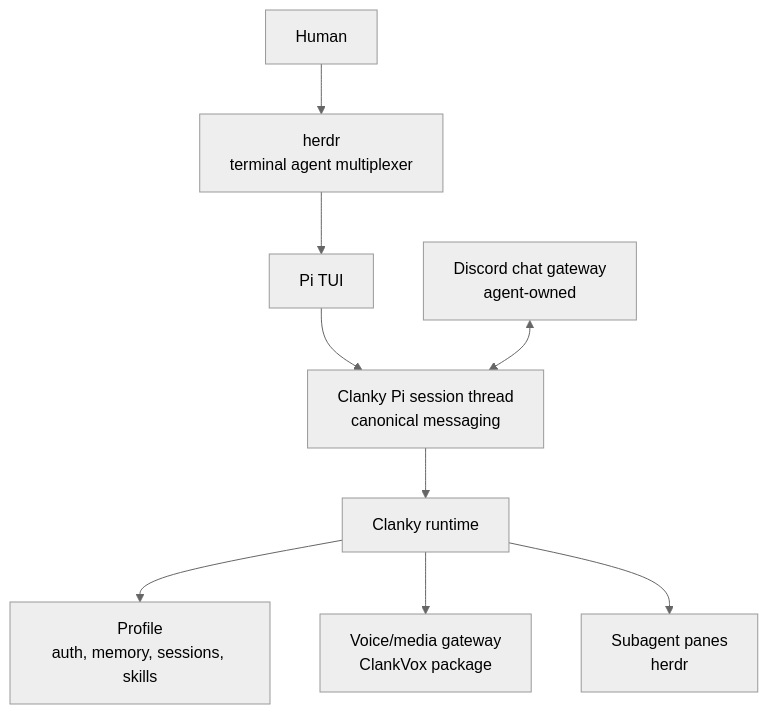
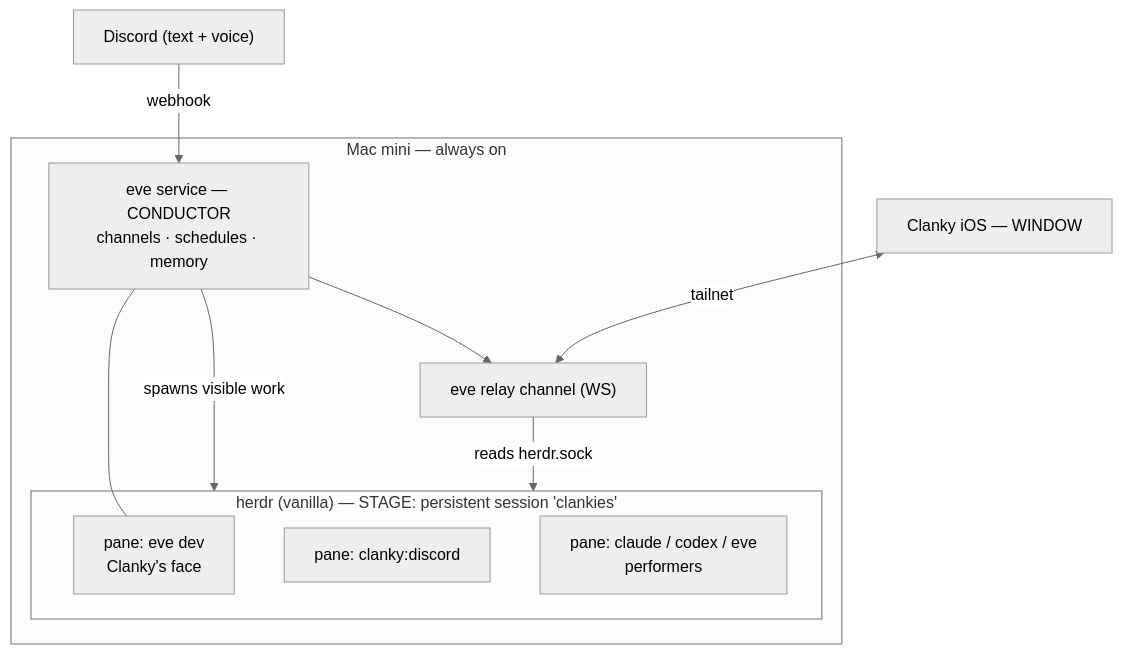
One commit to Volpestyle/clanky changed the diagram in README.md. Above: the diagram before and after it, drawn with Mermaid (neutral theme). The commit also changed other lines of this file and 13 other files, not shown here.

First line of the commit message:
docs: rewrite architecture for eve conductor + vanilla herdr

````diff
--- a/README.md
+++ b/README.md
@@ -54,21 +44,21 @@
 ```mermaid
 flowchart TB
-  user["Human"]
-  herdr["herdr<br/>terminal agent multiplexer"]
-  tui["Pi TUI"]
-  thread["Clanky Pi session thread<br/>canonical messaging"]
-  clanky["Clanky runtime"]
-  profile["Profile<br/>auth, memory, sessions, skills"]
-  chat["Discord chat gateway<br/>agent-owned"]
-  voice["Voice/media gateway<br/>ClankVox package"]
-  subagents["Subagent panes<br/>herdr"]
+  subgraph mac["Mac mini — always on"]
+    subgraph herdr["herdr (vanilla) — STAGE: persistent session 'clankies'"]
+      face["pane: eve dev<br/>Clanky's face"]
+      disc["pane: clanky:discord"]
+      w1["pane: claude / codex / eve<br/>performers"]
+    end
+    eve["eve service — CONDUCTOR<br/>channels · schedules · memory"]
+    relay["eve relay channel (WS)"]
+  end
+  phone["Clanky iOS — WINDOW"]
+  discord["Discord (text + voice)"]
 
-  user --> herdr
-  herdr --> tui
-  tui --> thread
-  thread --> clanky
-  clanky --> profile
-  chat <--> thread
-  clanky --> voice
-  clanky --> subagents
+  discord -->|webhook| eve
+  eve -->|spawns visible work| herdr
+  eve --- face
+  eve --> relay
+  relay -->|reads herdr.sock| herdr
+  phone <-->|tailnet| relay
 ```
````
